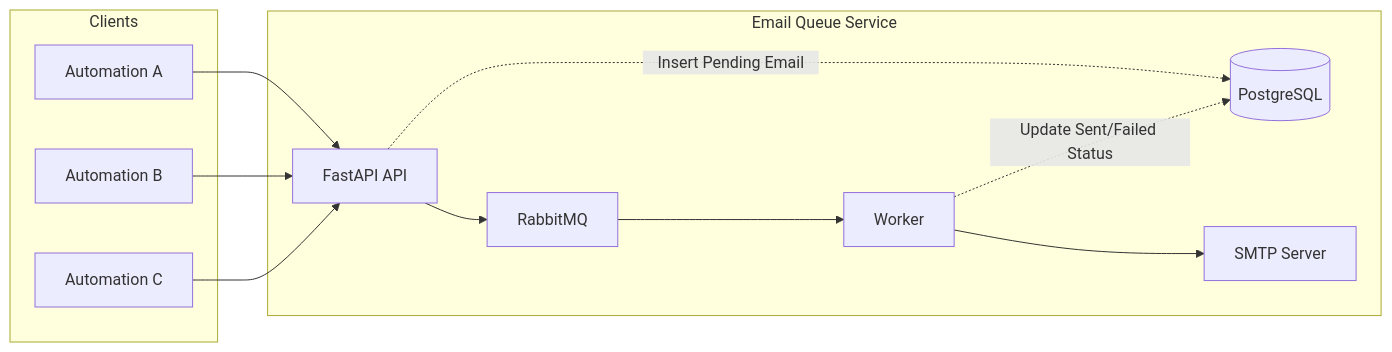
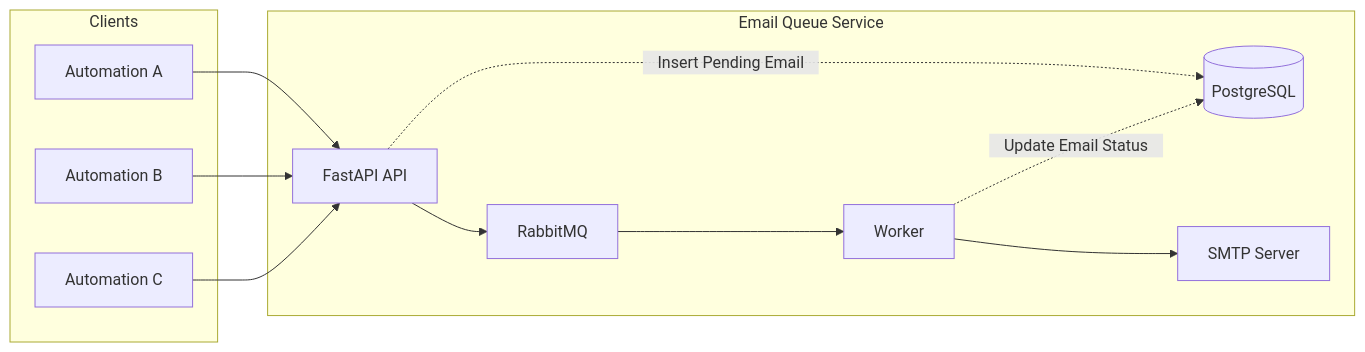
Before and after one commit to marksxiety/email-queue-service: the diagram in README.md, drawn with Mermaid.

Commit message:
fix: update the label for updating status to avoid overflow

````diff
--- a/README.md
+++ b/README.md
@@ -7,25 +7,25 @@
 ```mermaid
 graph LR
     subgraph Clients
         A[Automation A]
         B[Automation B]
         C[Automation C]
     end
 
     subgraph Email Queue Service
         D[FastAPI API]
         E[(PostgreSQL)]
         F[RabbitMQ]
         G[Worker]
         H[SMTP Server]
     end
 
     A --> D
     B --> D
     C --> D
     D -.->| ㅤInsert Pending Emailㅤ | E
     D --> F
     F --> G
-    G -.->|ㅤUpdate Sent/Failed ㅤStatus| E
+    G -.->|ㅤUpdate Email Statusㅤ| E
     G --> H
 ```
````
